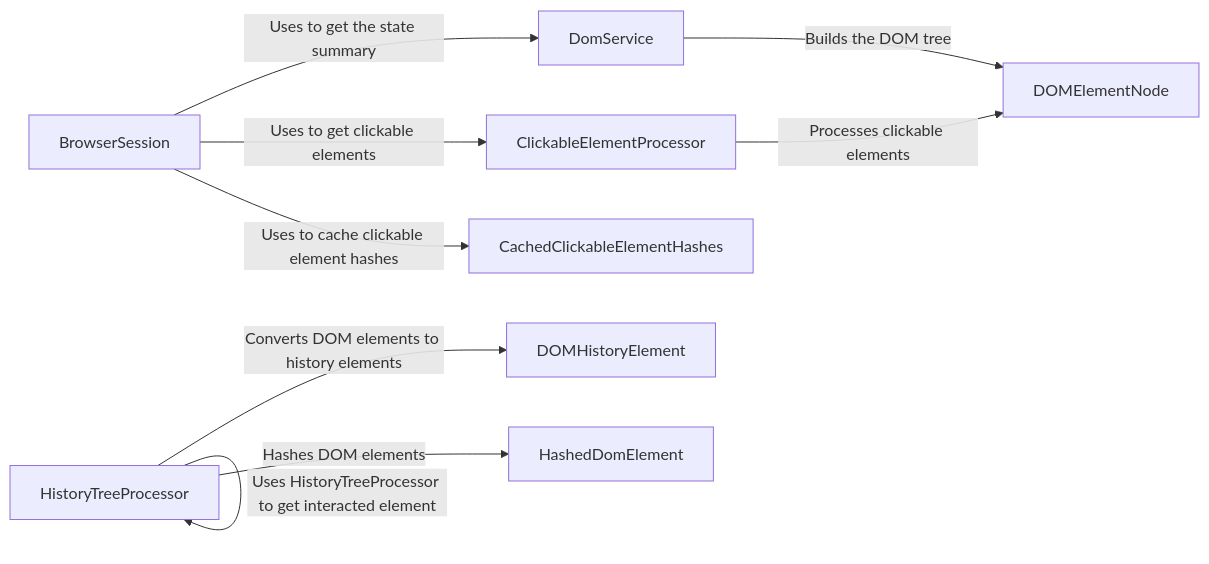
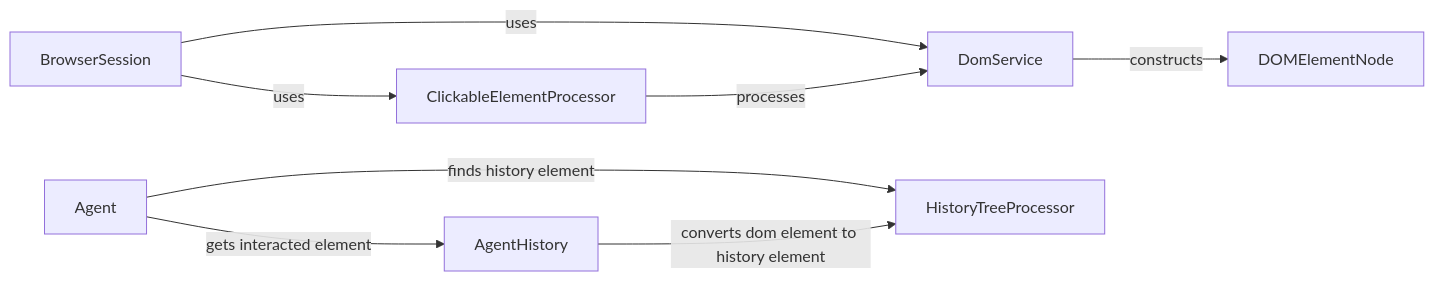
One commit to CodeBoarding/GeneratedOnBoardings changed the diagram in browser-use/DOM Processor.md. Above: the diagram before and after it, drawn with Mermaid. The commit also changed other lines of this file and 10 other files, not shown here.

````diff
--- a/browser-use/DOM Processor.md
+++ b/browser-use/DOM Processor.md
@@ -1,27 +1,24 @@
 ```mermaid
 graph LR
     BrowserSession["BrowserSession"]
     DomService["DomService"]
     DOMElementNode["DOMElementNode"]
     ClickableElementProcessor["ClickableElementProcessor"]
-    CachedClickableElementHashes["CachedClickableElementHashes"]
     HistoryTreeProcessor["HistoryTreeProcessor"]
-    DOMHistoryElement["DOMHistoryElement"]
-    HashedDomElement["HashedDomElement"]
-    BrowserSession -- "Uses to get the state summary" --> DomService
-    BrowserSession -- "Uses to get clickable elements" --> ClickableElementProcessor
-    BrowserSession -- "Uses to cache clickable element hashes" --> CachedClickableElementHashes
-    DomService -- "Builds the DOM tree" --> DOMElementNode
-    HistoryTreeProcessor -- "Converts DOM elements to history elements" --> DOMHistoryElement
-    HistoryTreeProcessor -- "Hashes DOM elements" --> HashedDomElement
-    ClickableElementProcessor -- "Processes clickable elements" --> DOMElementNode
-    HistoryTreeProcessor -- "Uses HistoryTreeProcessor to get interacted element" --> HistoryTreeProcessor
+    Agent["Agent"]
+    AgentHistory["AgentHistory"]
+    BrowserSession -- "uses" --> DomService
+    BrowserSession -- "uses" --> ClickableElementProcessor
+    DomService -- "constructs" --> DOMElementNode
+    ClickableElementProcessor -- "processes" --> DomService
+    Agent -- "gets interacted element" --> AgentHistory
+    Agent -- "finds history element" --> HistoryTreeProcessor
+    AgentHistory -- "converts dom element to history element" --> HistoryTreeProcessor
     click BrowserSession href "https://github.com/CodeBoarding/GeneratedOnBoardings/blob/main/browser-use/BrowserSession.md" "Details"
     click DomService href "https://github.com/CodeBoarding/GeneratedOnBoardings/blob/main/browser-use/DomService.md" "Details"
     click DOMElementNode href "https://github.com/CodeBoarding/GeneratedOnBoardings/blob/main/browser-use/DOMElementNode.md" "Details"
     click ClickableElementProcessor href "https://github.com/CodeBoarding/GeneratedOnBoardings/blob/main/browser-use/ClickableElementProcessor.md" "Details"
-    click CachedClickableElementHashes href "https://github.com/CodeBoarding/GeneratedOnBoardings/blob/main/browser-use/CachedClickableElementHashes.md" "Details"
     click HistoryTreeProcessor href "https://github.com/CodeBoarding/GeneratedOnBoardings/blob/main/browser-use/HistoryTreeProcessor.md" "Details"
-    click DOMHistoryElement href "https://github.com/CodeBoarding/GeneratedOnBoardings/blob/main/browser-use/DOMHistoryElement.md" "Details"
-    click HashedDomElement href "https://github.com/CodeBoarding/GeneratedOnBoardings/blob/main/browser-use/HashedDomElement.md" "Details"
+    click Agent href "https://github.com/CodeBoarding/GeneratedOnBoardings/blob/main/browser-use/Agent.md" "Details"
+    click AgentHistory href "https://github.com/CodeBoarding/GeneratedOnBoardings/blob/main/browser-use/AgentHistory.md" "Details"
 ```
````
